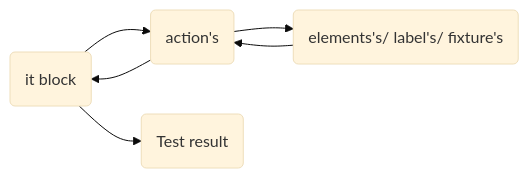
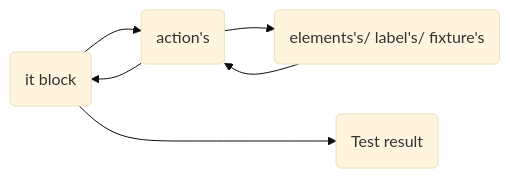
The diagram in README.md (tayyabsaleem7756/ignicube), drawn with Mermaid (base theme) before and after one commit.

````diff
--- a/README.md
+++ b/README.md
@@ -86,6 +86,6 @@
 ```mermaid
 graph LR
 A(it block) -->B(action's) -->C(elements's/ label's/ fixture's) 
 C(elements's/ label's/ fixture's) -->B(action's) -->A(it block)
-A(it block) -->D(Test result)
+A(it block) --->D(Test result)
 ```
````
